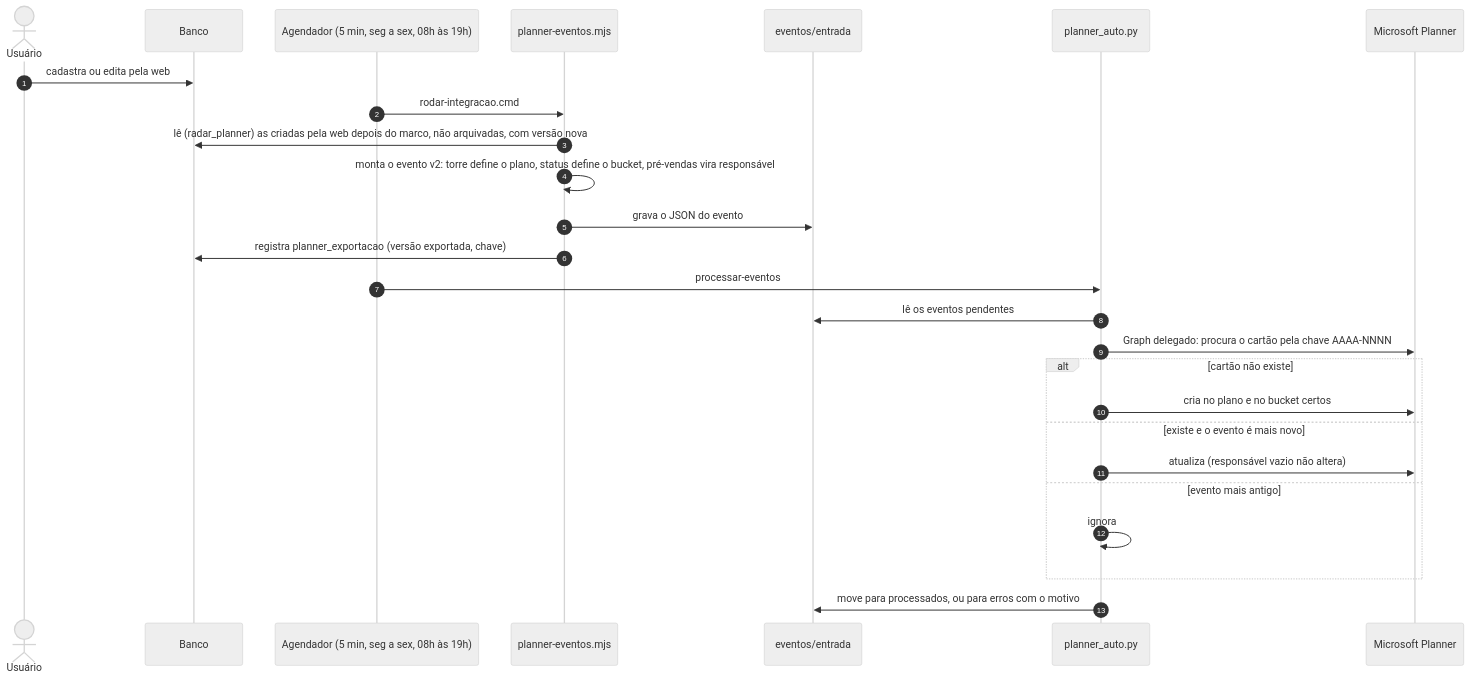
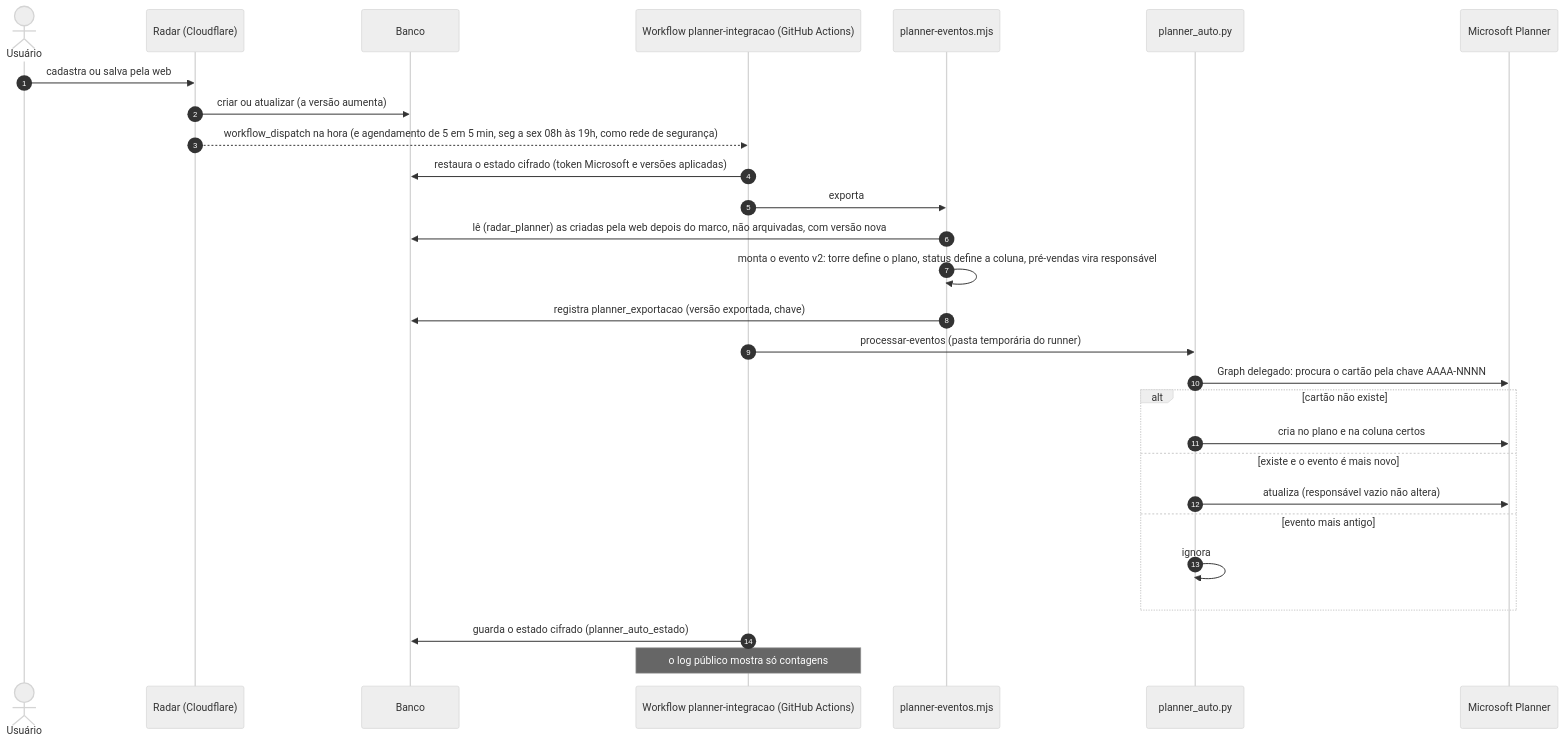
Diagram 15 of 22 in docs/DIAGRAMAS.md (agentanalisedegoverno-svg/dashboard-metrics-team), drawn with Mermaid (neutral theme) before and after one commit. The commit also changed other lines of this file and 23 other files, not shown here.

Commit message:
docs: atualizar arquitetura, diagramas (D1 a D19, SVG) e documentos ao estado de 28/10/2026

````diff
--- a/docs/DIAGRAMAS.md
+++ b/docs/DIAGRAMAS.md
@@ -577,29 +564,31 @@
 ```mermaid
 sequenceDiagram
   autonumber
   actor U as Usuário
+  participant CF as Radar (Cloudflare)
   participant DB as Banco
-  participant AG as Agendador (5 min, seg a sex, 08h às 19h)
+  participant GH as Workflow planner-integracao (GitHub Actions)
   participant EX as planner-eventos.mjs
-  participant FS as eventos/entrada
   participant PA as planner_auto.py
   participant PL as Microsoft Planner
 
-  U->>DB: cadastra ou edita pela web
-  AG->>EX: rodar-integracao.cmd
+  U->>CF: cadastra ou salva pela web
+  CF->>DB: criar ou atualizar (a versão aumenta)
+  CF-->>GH: workflow_dispatch na hora (e agendamento de 5 em 5 min, seg a sex 08h às 19h, como rede de segurança)
+  GH->>DB: restaura o estado cifrado (token Microsoft e versões aplicadas)
+  GH->>EX: exporta
   EX->>DB: lê (radar_planner) as criadas pela web depois do marco, não arquivadas, com versão nova
-  EX->>EX: monta o evento v2: torre define o plano, status define o bucket, pré-vendas vira responsável
-  EX->>FS: grava o JSON do evento
+  EX->>EX: monta o evento v2: torre define o plano, status define a coluna, pré-vendas vira responsável
   EX->>DB: registra planner_exportacao (versão exportada, chave)
-  AG->>PA: processar-eventos
-  PA->>FS: lê os eventos pendentes
+  GH->>PA: processar-eventos (pasta temporária do runner)
   PA->>PL: Graph delegado: procura o cartão pela chave AAAA-NNNN
   alt cartão não existe
-    PA->>PL: cria no plano e no bucket certos
+    PA->>PL: cria no plano e na coluna certos
   else existe e o evento é mais novo
     PA->>PL: atualiza (responsável vazio não altera)
   else evento mais antigo
     PA->>PA: ignora
   end
-  PA->>FS: move para processados, ou para erros com o motivo
+  GH->>DB: guarda o estado cifrado (planner_auto_estado)
+  Note over GH: o log público mostra só contagens
 ```
````
